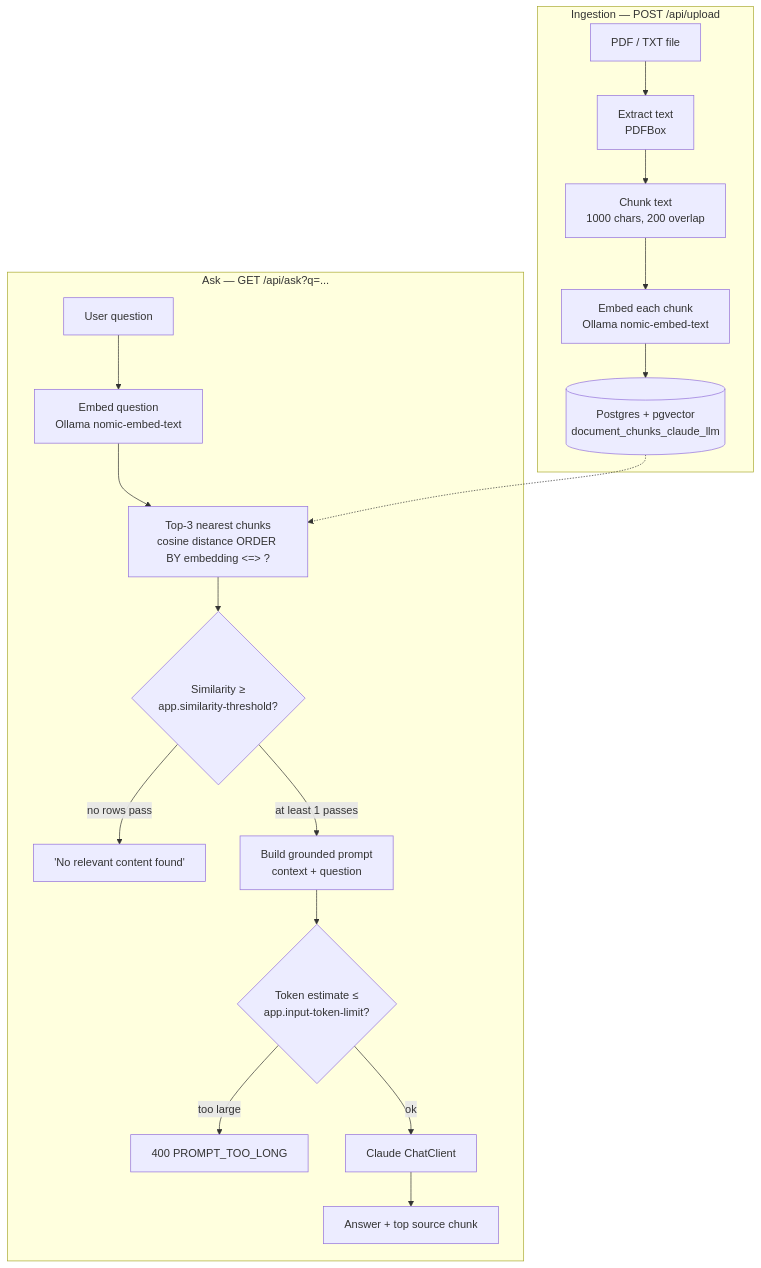
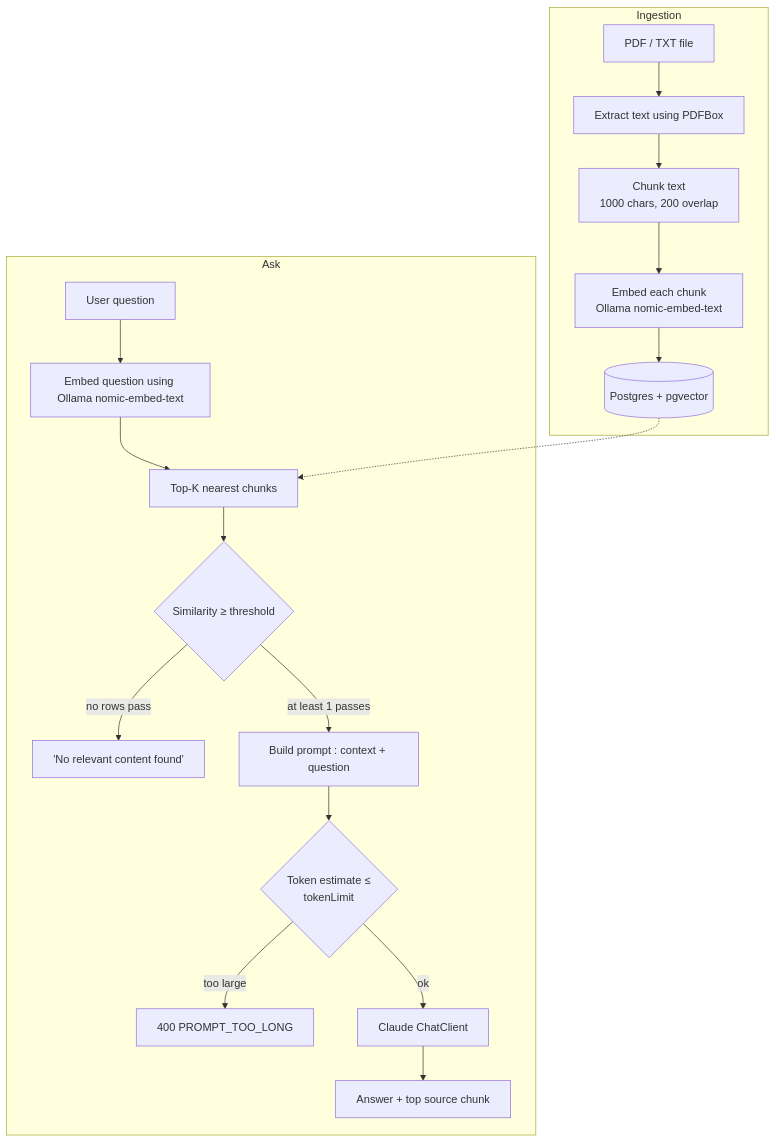
One commit to babysatheeshkumar/test-app changed the diagram in README.md. Above: the diagram before and after it, drawn with Mermaid. The commit also changed other lines of this file, not shown here.

````diff
--- a/README.md
+++ b/README.md
@@ -22,22 +22,22 @@
 ```mermaid
 flowchart TD
-    subgraph Ingestion["Ingestion — POST /api/upload"]
-        A[PDF / TXT file] --> B[Extract text<br/>PDFBox]
+    subgraph Ingestion["Ingestion"]
+        A[PDF / TXT file] --> B[Extract text using PDFBox]
         B --> C[Chunk text<br/>1000 chars, 200 overlap]
         C --> D[Embed each chunk<br/>Ollama nomic-embed-text]
-        D --> E[(Postgres + pgvector<br/>document_chunks_claude_llm)]
+        D --> E[(Postgres + pgvector)]
     end
 
-    subgraph Ask["Ask — GET /api/ask?q=..."]
-        F[User question] --> G[Embed question<br/>Ollama nomic-embed-text]
-        G --> H["Top-3 nearest chunks<br/>cosine distance ORDER BY embedding <=> ?"]
+    subgraph Ask["Ask"]
+        F[User question] --> G[Embed question using Ollama nomic-embed-text]
+        G --> H["Top-K nearest chunks"]
         E -.-> H
-        H --> I{Similarity ≥\napp.similarity-threshold?}
+        H --> I{Similarity ≥ threshold}
         I -- no rows pass --> N["'No relevant content found'"]
-        I -- at least 1 passes --> J[Build grounded prompt<br/>context + question]
-        J --> K{Token estimate ≤\napp.input-token-limit?}
+        I -- at least 1 passes --> J[Build prompt : context + question]
+        J --> K{Token estimate ≤\n tokenLimit }
         K -- too large --> L[400 PROMPT_TOO_LONG]
         K -- ok --> M[Claude ChatClient]
         M --> O[Answer + top source chunk]
     end
 ```
````
